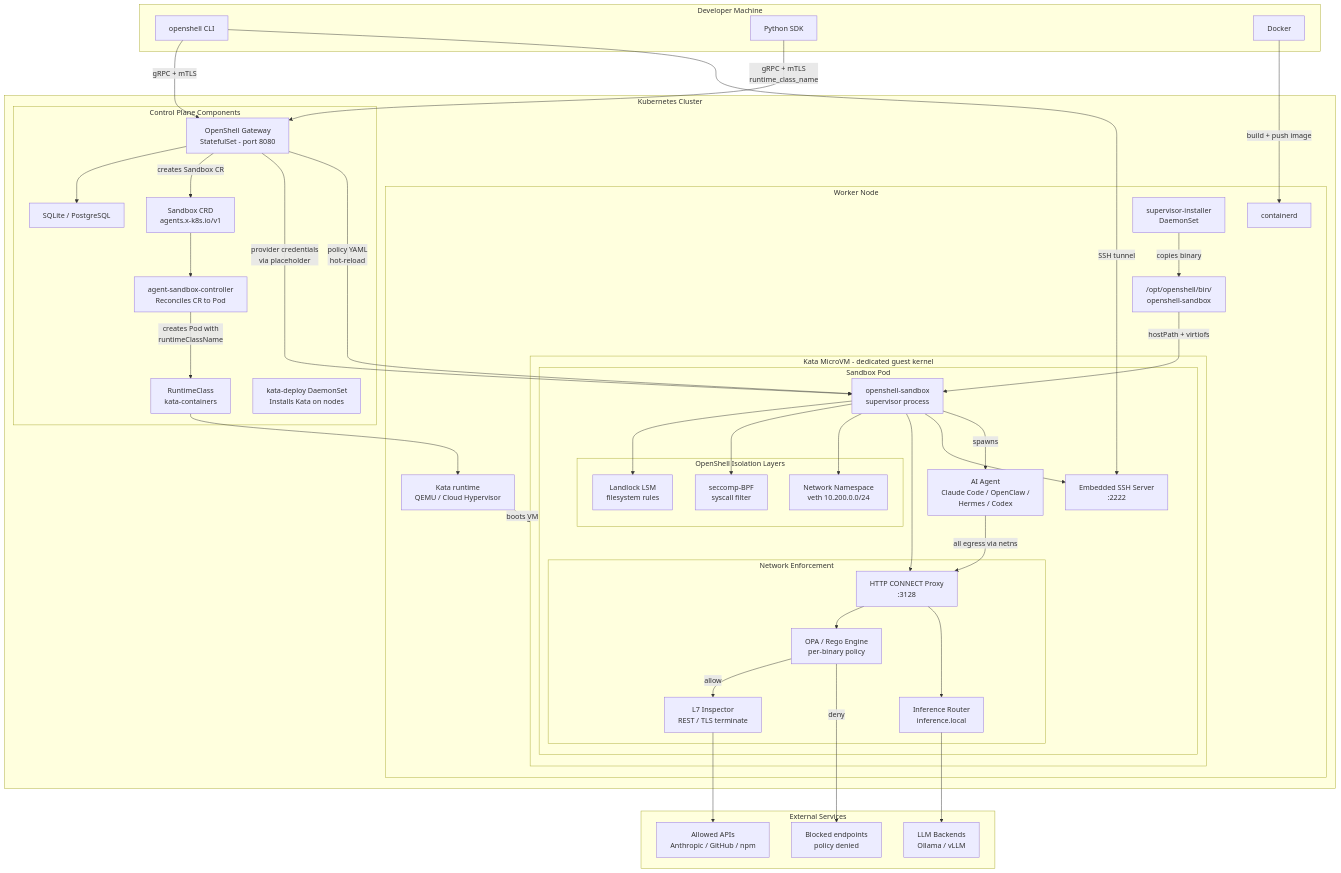
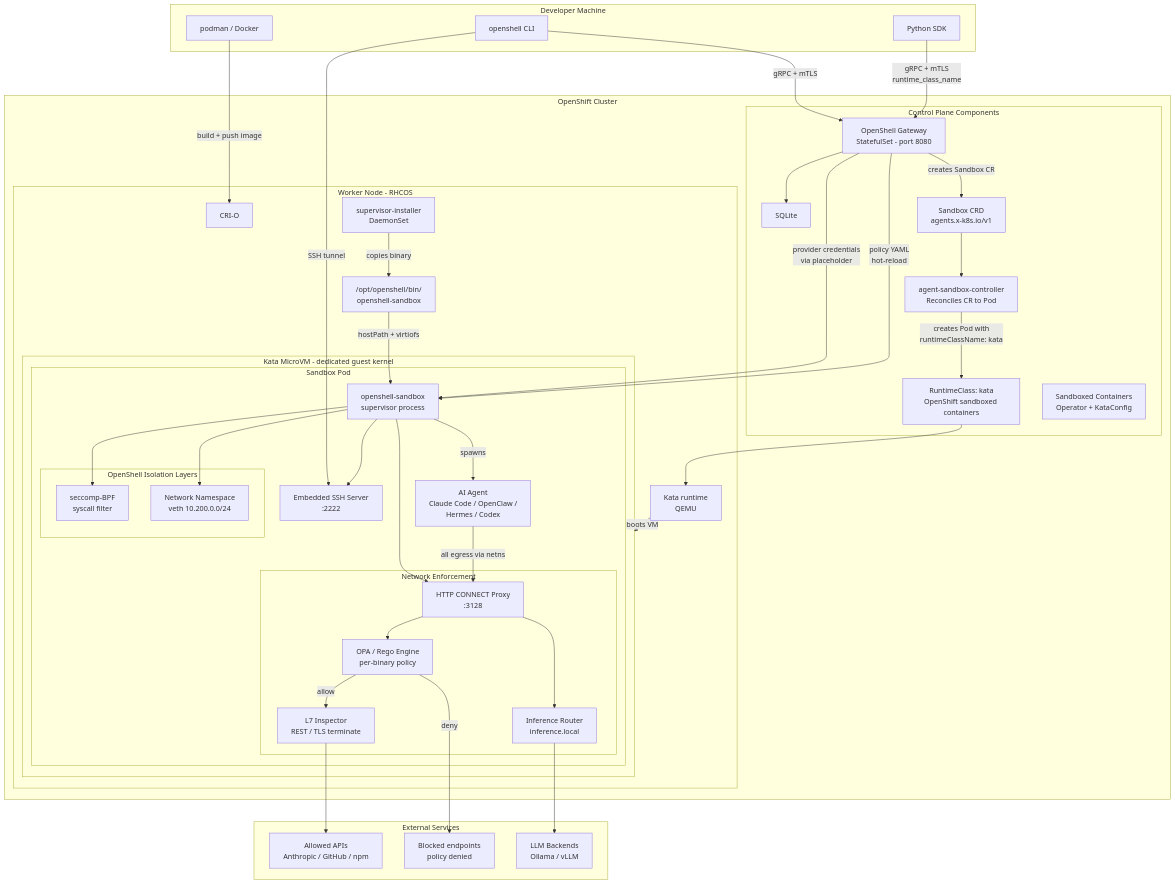
The diagram in docs/tutorials/kata-containers.mdx (smarunich/OpenShell), drawn with Mermaid before and after one commit. The commit also changed other lines of this file, not shown here.

First line of the commit message:
docs(kata): Adapt Kata tutorial for OpenShift

```diff
--- a/docs/tutorials/kata-containers.mdx
+++ b/docs/tutorials/kata-containers.mdx
@@ -37,22 +37,22 @@
   subgraph userMachine [Developer Machine]
     CLI["openshell CLI"]
     PySDK["Python SDK"]
-    DockerBuild["Docker"]
+    PodmanBuild["podman / Docker"]
   end
 
-  subgraph k8sCluster [Kubernetes Cluster]
+  subgraph ocpCluster [OpenShift Cluster]
     subgraph controlPlane [Control Plane Components]
       GW["OpenShell Gateway<br/>StatefulSet - port 8080"]
-      DB["SQLite / PostgreSQL"]
+      DB["SQLite"]
       CRD["Sandbox CRD<br/>agents.x-k8s.io/v1"]
       Controller["agent-sandbox-controller<br/>Reconciles CR to Pod"]
-      RC["RuntimeClass<br/>kata-containers"]
-      KataDeploy["kata-deploy DaemonSet<br/>Installs Kata on nodes"]
+      RC["RuntimeClass: kata<br/>OpenShift sandboxed containers"]
+      OSCOperator["Sandboxed Containers<br/>Operator + KataConfig"]
     end
 
-    subgraph workerNode [Worker Node]
-      Containerd["containerd"]
-      KataRT["Kata runtime<br/>QEMU / Cloud Hypervisor"]
+    subgraph workerNode [Worker Node - RHCOS]
+      CRIO["CRI-O"]
+      KataRT["Kata runtime<br/>QEMU"]
       SupervisorBin["/opt/openshell/bin/<br/>openshell-sandbox"]
       InstallerDS["supervisor-installer<br/>DaemonSet"]
 
@@ -61,7 +61,6 @@
           Supervisor["openshell-sandbox<br/>supervisor process"]
 
           subgraph isolationLayers [OpenShell Isolation Layers]
-            Landlock["Landlock LSM<br/>filesystem rules"]
             SeccompBPF["seccomp-BPF<br/>syscall filter"]
             NetNS["Network Namespace<br/>veth 10.200.0.0/24"]
           end
@@ -89,19 +88,18 @@
   CLI -->|"gRPC + mTLS"| GW
   PySDK -->|"gRPC + mTLS<br/>runtime_class_name"| GW
   CLI -->|"SSH tunnel"| SSHServer
-  DockerBuild -->|"build + push image"| Containerd
+  PodmanBuild -->|"build + push image"| CRIO
 
   GW --> DB
   GW -->|"creates Sandbox CR"| CRD
   CRD --> Controller
-  Controller -->|"creates Pod with<br/>runtimeClassName"| RC
+  Controller -->|"creates Pod with<br/>runtimeClassName: kata"| RC
   RC --> KataRT
   KataRT -->|"boots VM"| kataVM
 
   InstallerDS -->|"copies binary"| SupervisorBin
   SupervisorBin -->|"hostPath + virtiofs"| Supervisor
 
-  Supervisor --> Landlock
   Supervisor --> SeccompBPF
   Supervisor --> NetNS
   Supervisor --> Proxy
```
